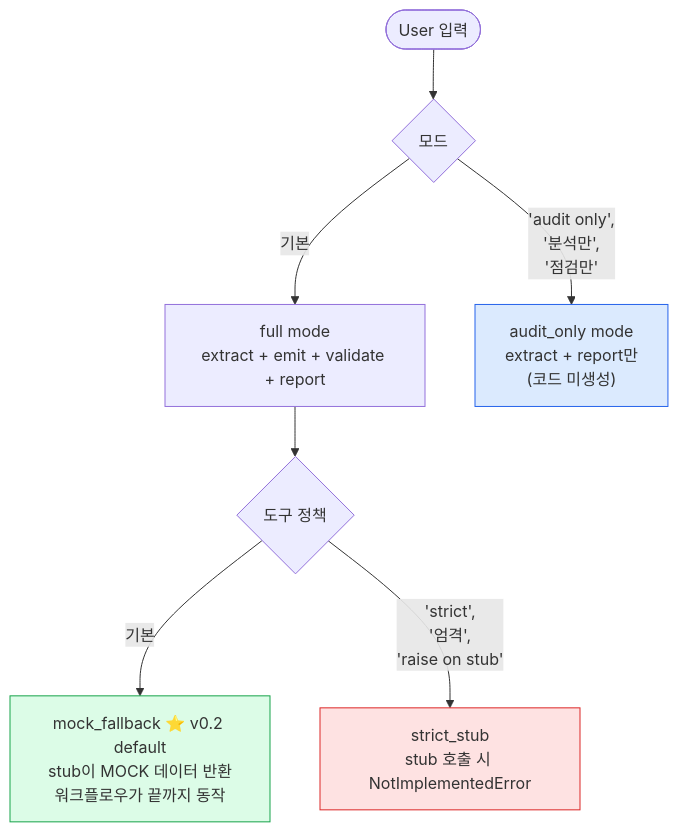
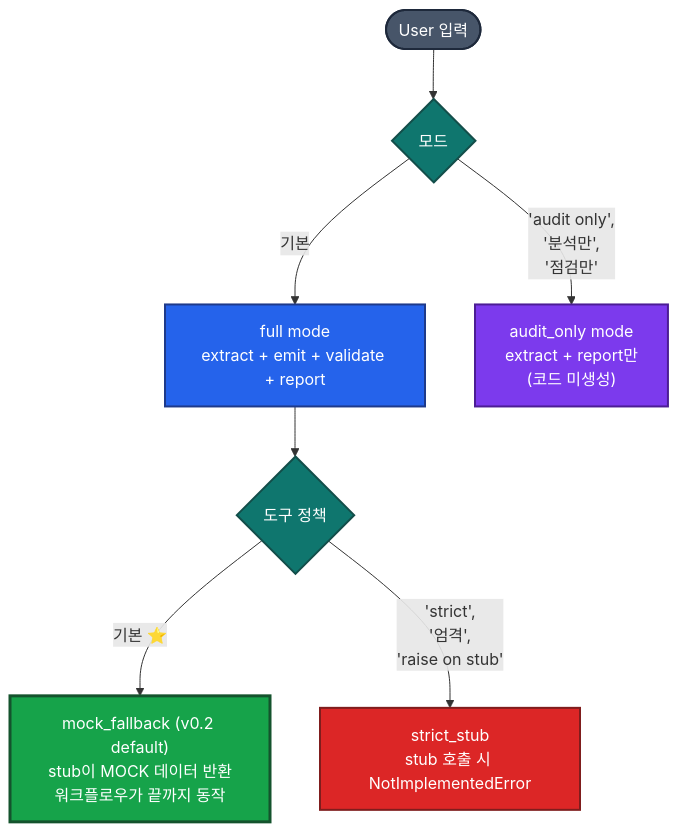
One commit to tykimos/harness2deepagents changed the ninth of 10 diagrams in .claude/skills/harness2deepagents/README.md. Above: the diagram before and after it, drawn with Mermaid. The commit also changed other lines of this file and 1 other file, not shown here.

First line of the commit message:
fix(readme): theme-safe mermaid styling for dark + light modes

````diff
--- a/.claude/skills/harness2deepagents/README.md
+++ b/.claude/skills/harness2deepagents/README.md
@@ -387,18 +394,21 @@
 ```mermaid
 flowchart TB
-    U([User 입력])
-    M{모드}
-    Tm{도구 정책}
+    classDef start fill:#475569,color:#fff,stroke:#1e293b,stroke-width:2px
+    classDef branch fill:#0f766e,color:#fff,stroke:#134e4a,stroke-width:2px
+    classDef full fill:#2563eb,color:#fff,stroke:#1e3a8a,stroke-width:2px
+    classDef audit fill:#7c3aed,color:#fff,stroke:#4c1d95,stroke-width:2px
+    classDef mock fill:#16a34a,color:#fff,stroke:#14532d,stroke-width:3px
+    classDef strict fill:#dc2626,color:#fff,stroke:#7f1d1d,stroke-width:2px
+
+    U([User 입력]):::start
+    M{모드}:::branch
+    Tm{도구 정책}:::branch
 
     U --> M
-    M -->|"기본"| Full["full mode<br/>extract + emit + validate + report"]
-    M -->|"'audit only',<br/>'분석만',<br/>'점검만'"| Audit["audit_only mode<br/>extract + report만<br/>(코드 미생성)"]
+    M -->|"기본"| Full["full mode<br/>extract + emit + validate + report"]:::full
+    M -->|"'audit only',<br/>'분석만',<br/>'점검만'"| Audit["audit_only mode<br/>extract + report만<br/>(코드 미생성)"]:::audit
 
     Full --> Tm
-    Tm -->|"기본"| MF["mock_fallback ⭐ v0.2 default<br/>stub이 MOCK 데이터 반환<br/>워크플로우가 끝까지 동작"]
-    Tm -->|"'strict',<br/>'엄격',<br/>'raise on stub'"| SS["strict_stub<br/>stub 호출 시 NotImplementedError"]
-
-    style MF fill:#dcfce7,stroke:#16a34a
-    style SS fill:#fee2e2,stroke:#dc2626
-    style Audit fill:#dbeafe,stroke:#2563eb
+    Tm -->|"기본 ⭐"| MF["mock_fallback (v0.2 default)<br/>stub이 MOCK 데이터 반환<br/>워크플로우가 끝까지 동작"]:::mock
+    Tm -->|"'strict',<br/>'엄격',<br/>'raise on stub'"| SS["strict_stub<br/>stub 호출 시 NotImplementedError"]:::strict
 ```
````
